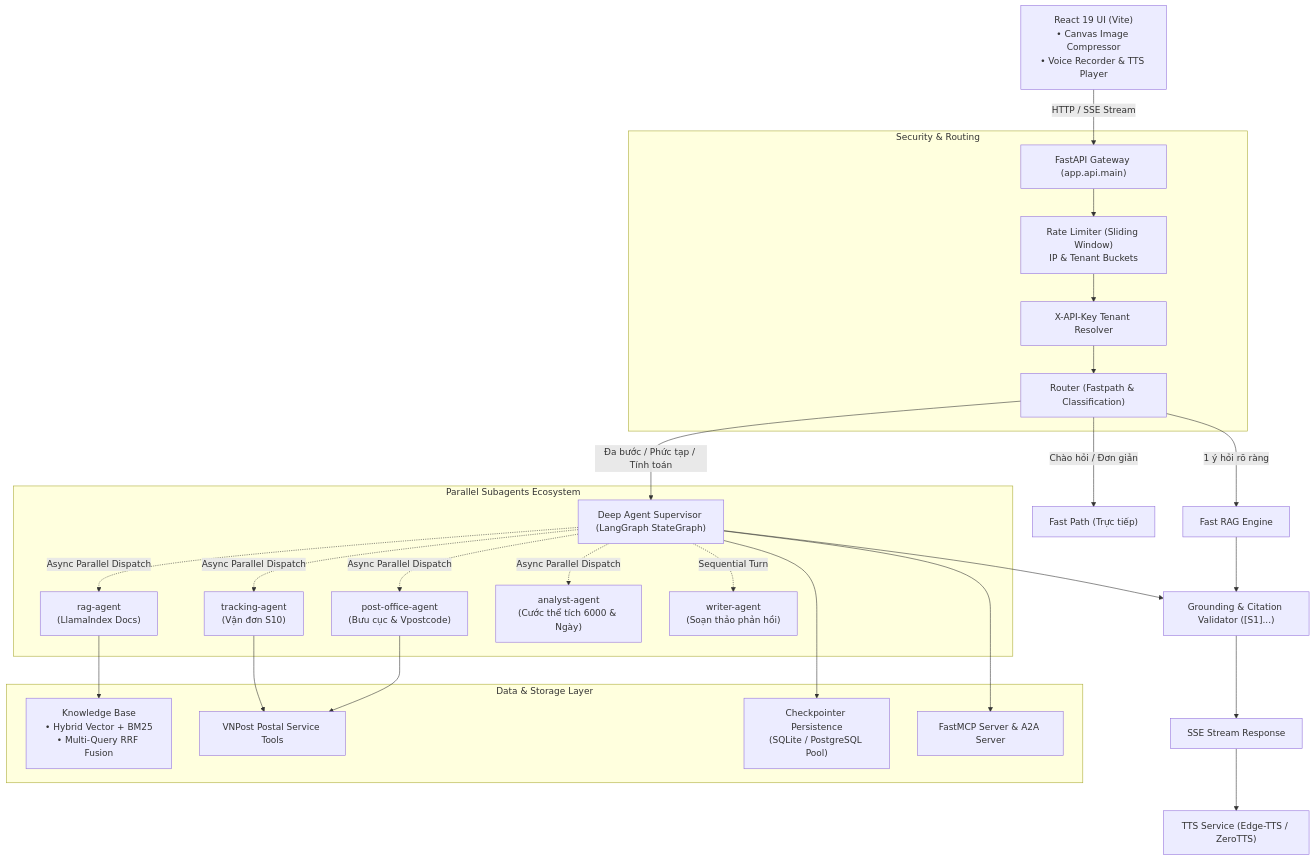
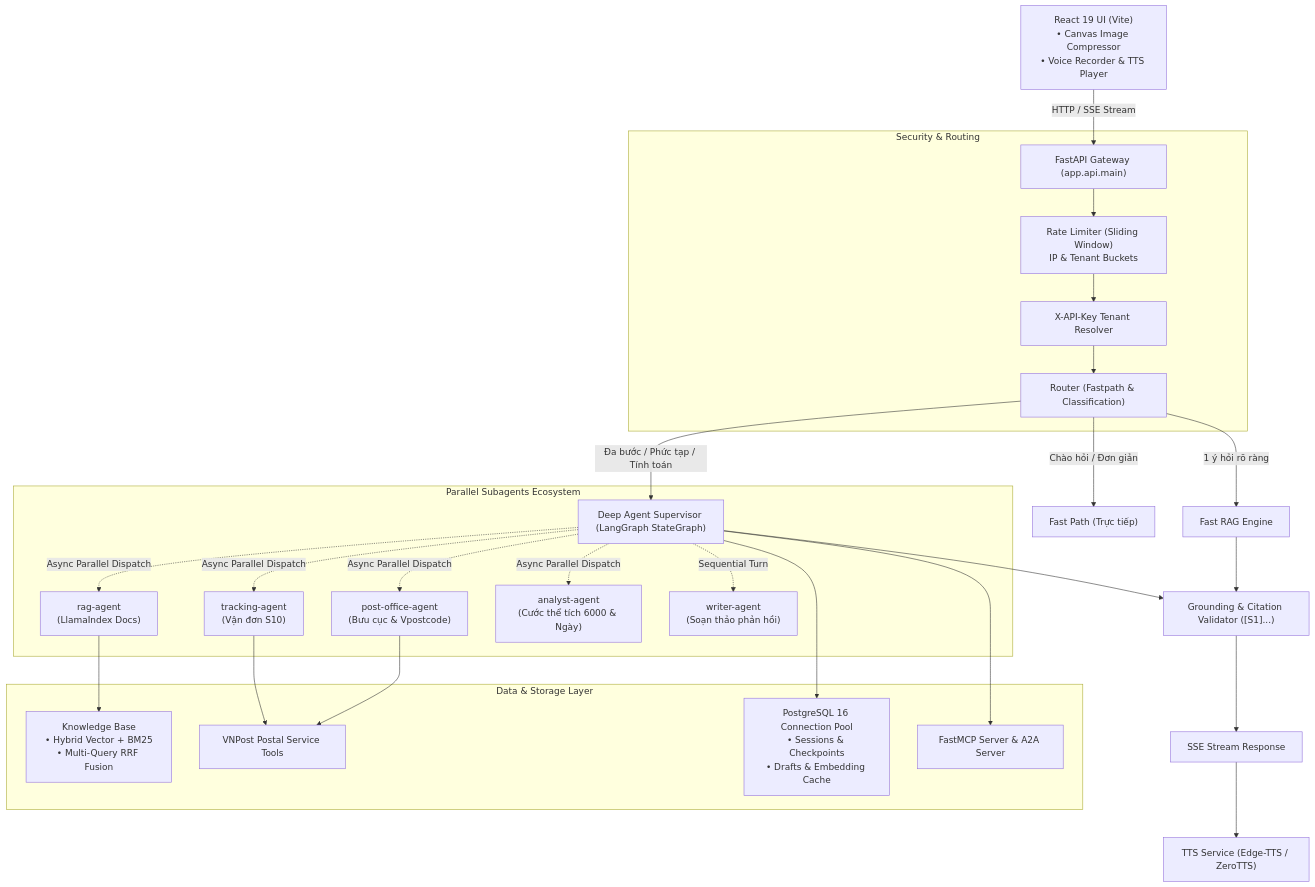
Before and after one commit to dinhhthanhh/vnpost_deepagent: the diagram in README.md, drawn with Mermaid. The commit also changed other lines of this file, not shown here.

Commit message:
docs: update README to reflect PostgreSQL architecture, Qdrant compose service, and correct port mappings

````diff
--- a/README.md
+++ b/README.md
@@ -50,35 +51,35 @@
 ```mermaid
 flowchart TD
     Client["React 19 UI (Vite)\n• Canvas Image Compressor\n• Voice Recorder & TTS Player"] -->|HTTP / SSE Stream| API["FastAPI Gateway (app.api.main)"]
 
     subgraph SecurityLayer ["Security & Routing"]
         API --> RateLimit["Rate Limiter (Sliding Window)\nIP & Tenant Buckets"]
         RateLimit --> Auth["X-API-Key Tenant Resolver"]
         Auth --> Router["Router (Fastpath & Classification)"]
     end
 
     Router -->|Chào hỏi / Đơn giản| FastPath["Fast Path (Trực tiếp)"]
     Router -->|1 ý hỏi rõ ràng| FastRAG["Fast RAG Engine"]
     Router -->|Đa bước / Phức tạp / Tính toán| DeepAgent["Deep Agent Supervisor (LangGraph StateGraph)"]
 
     subgraph SubAgentsLayer ["Parallel Subagents Ecosystem"]
         DeepAgent -.->|Async Parallel Dispatch| RAG_A["rag-agent\n(LlamaIndex Docs)"]
         DeepAgent -.->|Async Parallel Dispatch| TRK_A["tracking-agent\n(Vận đơn S10)"]
         DeepAgent -.->|Async Parallel Dispatch| PO_A["post-office-agent\n(Bưu cục & Vpostcode)"]
         DeepAgent -.->|Async Parallel Dispatch| CALC_A["analyst-agent\n(Cước thể tích 6000 & Ngày)"]
         DeepAgent -.->|Sequential Turn| WRI_A["writer-agent\n(Soạn thảo phản hồi)"]
     end
 
     subgraph DataAndTools ["Data & Storage Layer"]
         RAG_A --> KB["Knowledge Base\n• Hybrid Vector + BM25\n• Multi-Query RRF Fusion"]
         TRK_A --> PostalAPI["VNPost Postal Service Tools"]
         PO_A --> PostalAPI
-        DeepAgent --> Checkpointer["Checkpointer Persistence\n(SQLite / PostgreSQL Pool)"]
+        DeepAgent --> Checkpointer["PostgreSQL 16 Connection Pool\n• Sessions & Checkpoints\n• Drafts & Embedding Cache"]
         DeepAgent --> MCP["FastMCP Server & A2A Server"]
     end
 
     FastRAG --> GroundingCheck["Grounding & Citation Validator ([S1]...)"]
     DeepAgent --> GroundingCheck
     GroundingCheck --> ResponseOutput["SSE Stream Response"]
     ResponseOutput --> TTSOutput["TTS Service (Edge-TTS / ZeroTTS)"]
 ```
````
